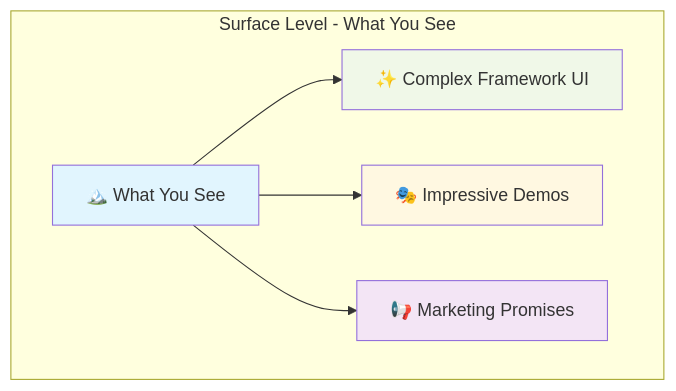
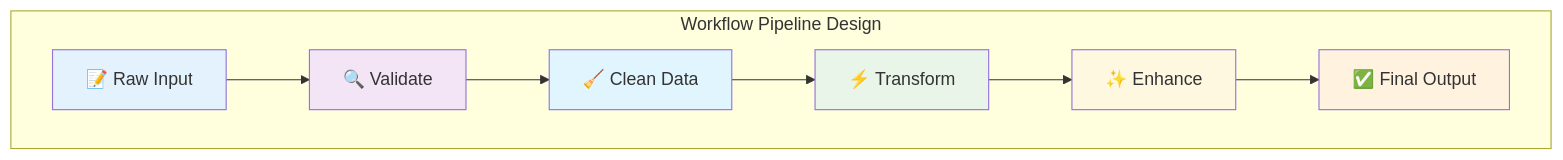
One commit to enogrob/enogrob.github.io changed diagram 14 of 18 in _posts/2025-07-17-pocket-flow-llm-graph-framework.md. Above: the diagram before and after it, drawn with Mermaid. The commit also changed other lines of this file, not shown here.

````diff
--- a/_posts/2025-07-17-pocket-flow-llm-graph-framework.md
+++ b/_posts/2025-07-17-pocket-flow-llm-graph-framework.md
@@ -618,13 +560,17 @@
 ```mermaid!
-graph TD
-    subgraph "Surface Level - What You See"
-        A[🏔️ What You See] --> B[✨ Complex Framework UI]
-        A --> C[🎭 Impressive Demos]
-        A --> D[📢 Marketing Promises]
+graph 
+    subgraph "Workflow Pipeline Design"
+        A["📝 Raw Input"] --> B["🔍 Validate"]
+        B --> C["🧹 Clean Data"]
+        C --> D["⚡ Transform"]
+        D --> E["✨ Enhance"]
+        E --> F["✅ Final Output"]
     end
     
-    style A fill:#e1f5fe
-    style B fill:#f0f8e8
-    style C fill:#fff8e1
-    style D fill:#f3e5f5
+    style A fill:#e3f2fd
+    style B fill:#f3e5f5
+    style C fill:#e1f5fe
+    style D fill:#e8f5e8
+    style E fill:#fff8e1
+    style F fill:#fff3e0
 ```
````
